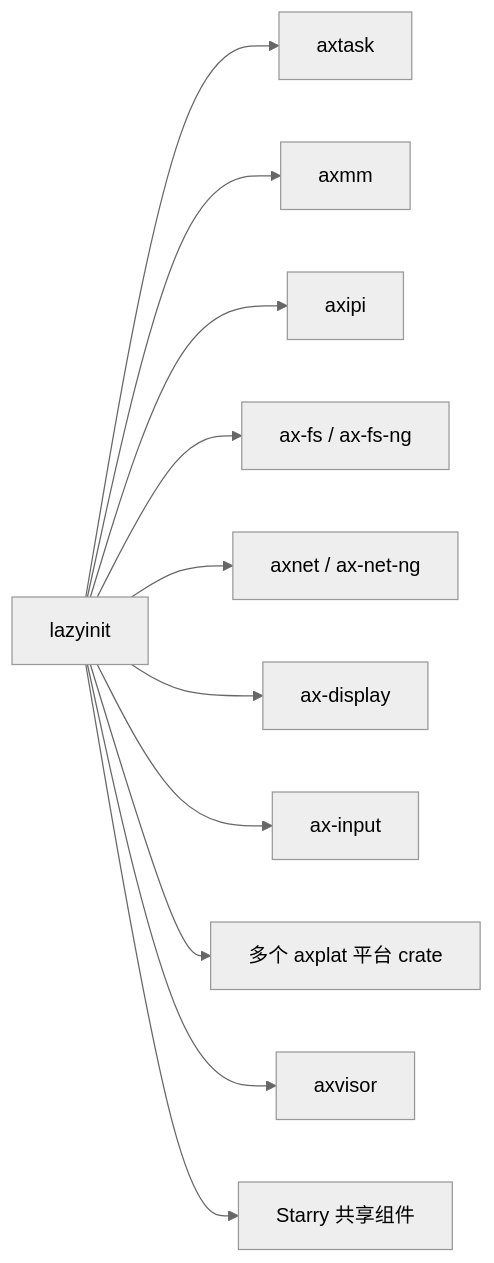
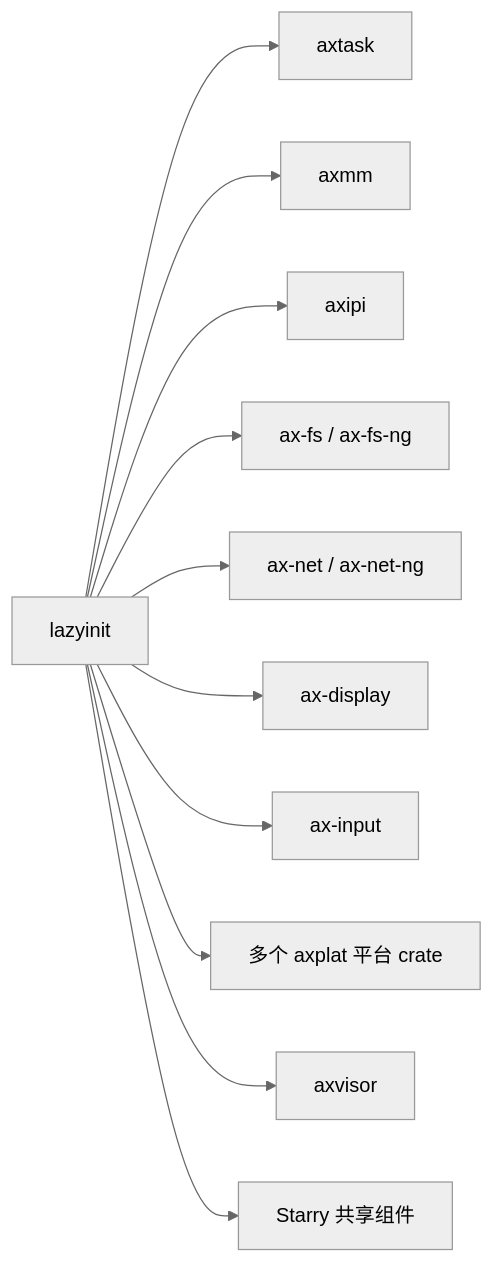
The second of 2 diagrams in docs/crates/lazyinit.md (zKurisu/tgoskits), drawn with Mermaid (neutral theme) before and after one commit. The commit also changed other lines of this file and 44 other files, not shown here.

Commit message:
rename axnet to ax-net

````diff
--- a/docs/crates/lazyinit.md
+++ b/docs/crates/lazyinit.md
@@ -72,13 +72,13 @@
 ```mermaid
 graph LR
     lazyinit["lazyinit"] --> axtask["axtask"]
     lazyinit --> axmm["axmm"]
     lazyinit --> axipi["axipi"]
     lazyinit --> ax-fs["ax-fs / ax-fs-ng"]
-    lazyinit --> axnet["axnet / ax-net-ng"]
+    lazyinit --> ax-net["ax-net / ax-net-ng"]
     lazyinit --> ax-display["ax-display"]
     lazyinit --> ax-input["ax-input"]
     lazyinit --> axplat["多个 axplat 平台 crate"]
     lazyinit --> axvisor["axvisor"]
     lazyinit --> starry["Starry 共享组件"]
 ```
````
